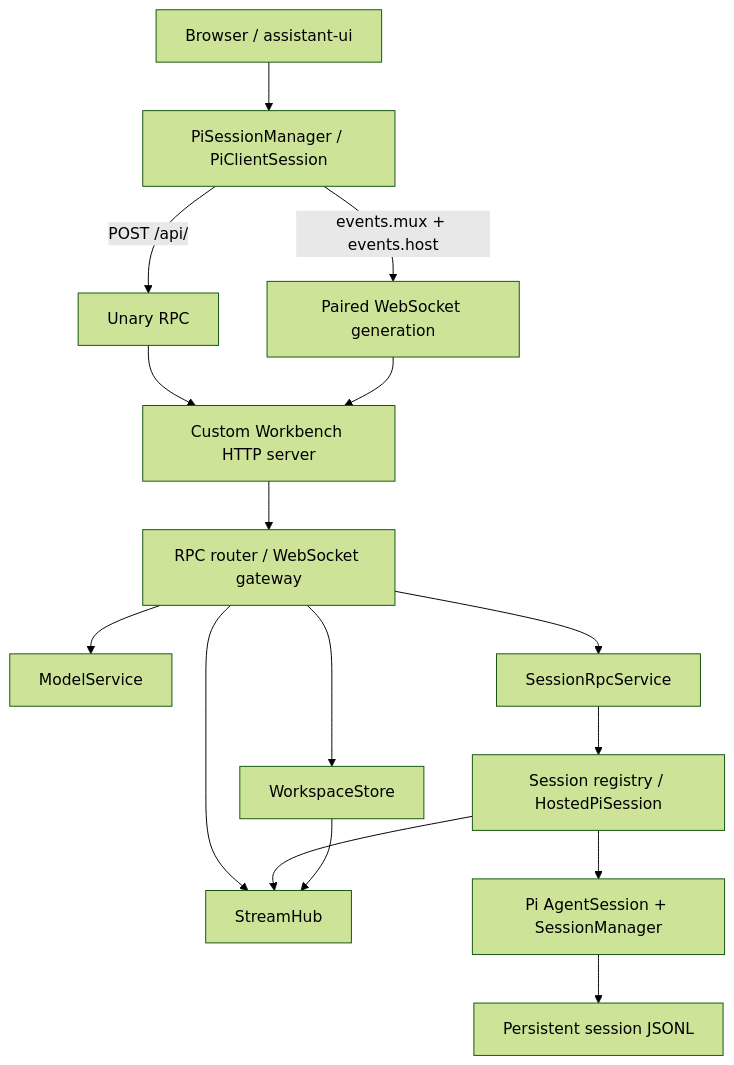
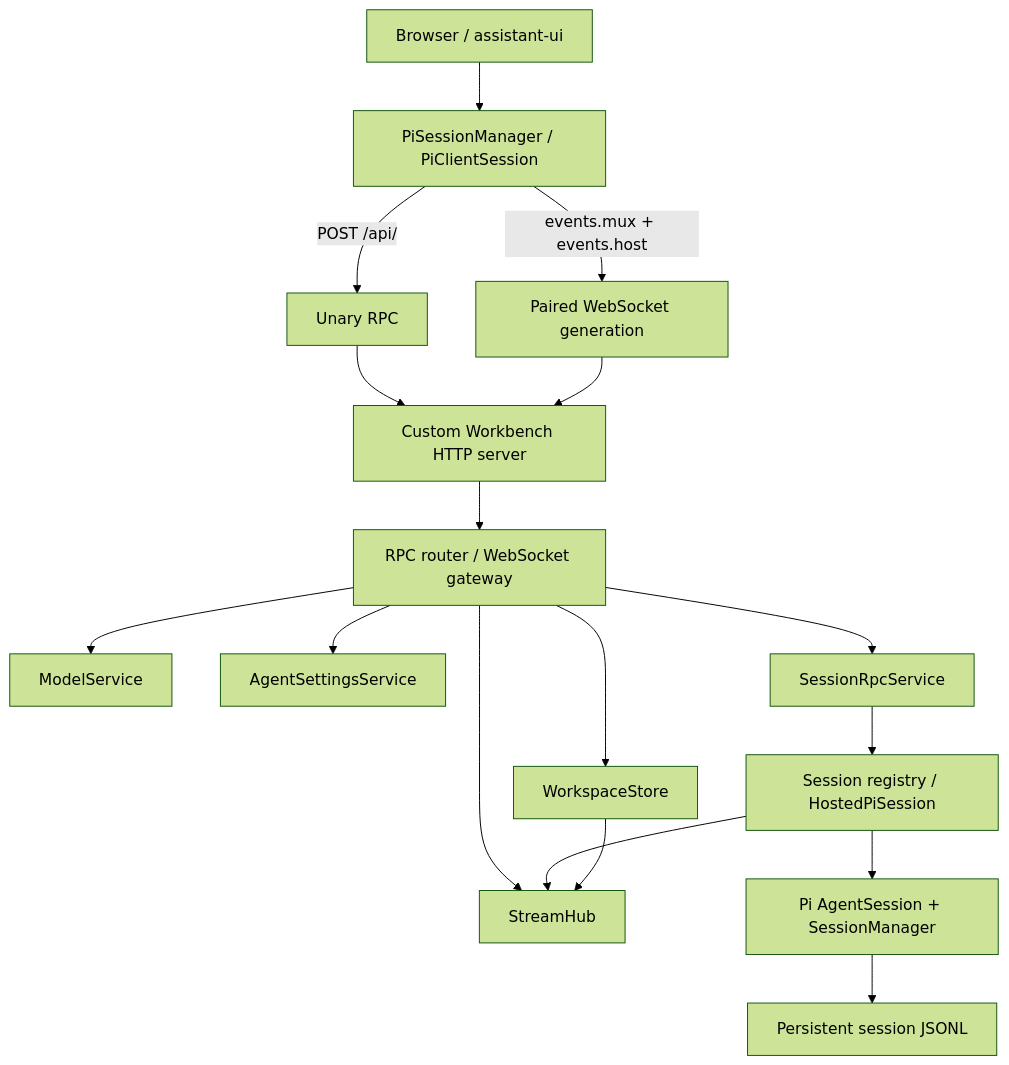
The diagram in runtime/pi/README.md (yyy0107/pi-workbench), drawn with Mermaid (forest theme) before and after one commit. The commit also changed other lines of this file and 51 other files, not shown here.

````diff
--- a/runtime/pi/README.md
+++ b/runtime/pi/README.md
@@ -18,21 +18,22 @@
 ```mermaid
 flowchart TD
   UI["Browser / assistant-ui"] --> CM["PiSessionManager / PiClientSession"]
   CM -->|"POST /api/<method>"| HTTP["Unary RPC"]
   CM -->|"events.mux + events.host"| WS["Paired WebSocket generation"]
 
   HTTP --> CS["Custom Workbench HTTP server"]
   WS --> CS
   CS --> ROUTER["RPC router / WebSocket gateway"]
 
   ROUTER --> WORKSPACE["WorkspaceStore"]
   ROUTER --> MODEL["ModelService"]
+  ROUTER --> SETTINGS["AgentSettingsService"]
   ROUTER --> SESSION["SessionRpcService"]
   ROUTER --> HUB["StreamHub"]
 
   SESSION --> REGISTRY["Session registry / HostedPiSession"]
   REGISTRY --> PI["Pi AgentSession + SessionManager"]
   PI --> JSONL["Persistent session JSONL"]
   REGISTRY --> HUB
   WORKSPACE --> HUB
 ```
````
